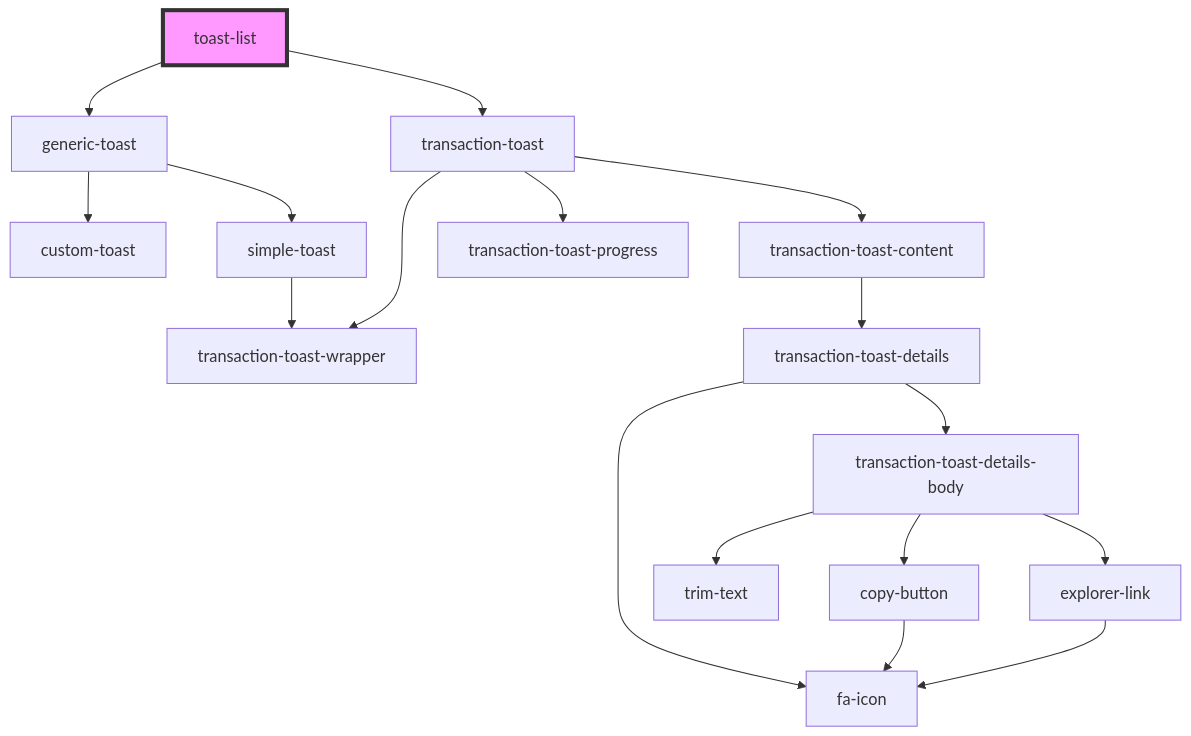
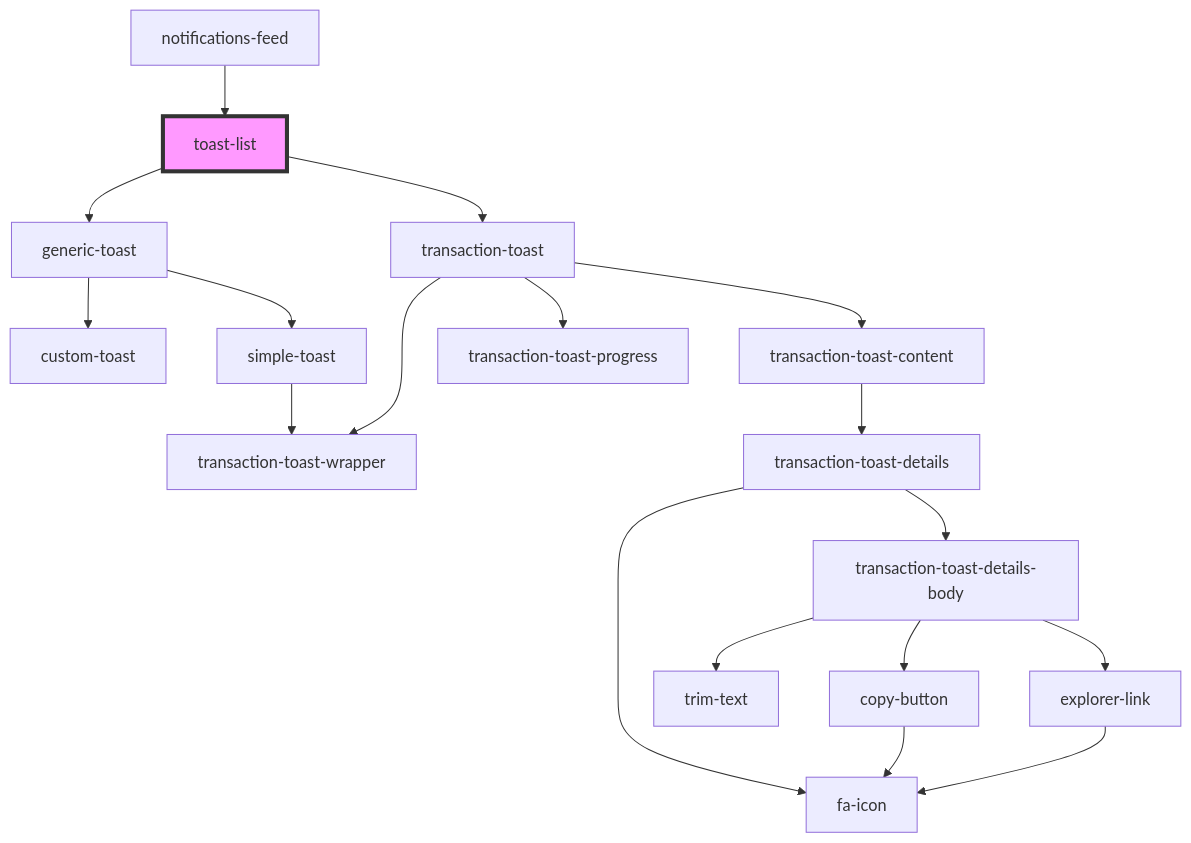
One commit to multiversx/mx-sdk-dapp-ui changed the diagram in src/components/functional/toasts-list/readme.md. Above: the diagram before and after it, drawn with Mermaid. The commit also changed other lines of this file and 16 other files, not shown here.

Commit message:
Added notifications-feed component

````diff
--- a/src/components/functional/toasts-list/readme.md
+++ b/src/components/functional/toasts-list/readme.md
@@ -35,20 +39,21 @@
 ```mermaid
 graph TD;
   toast-list --> generic-toast
   toast-list --> transaction-toast
   generic-toast --> custom-toast
   generic-toast --> simple-toast
   simple-toast --> transaction-toast-wrapper
   transaction-toast --> transaction-toast-wrapper
   transaction-toast --> transaction-toast-progress
   transaction-toast --> transaction-toast-content
   transaction-toast-content --> transaction-toast-details
   transaction-toast-details --> fa-icon
   transaction-toast-details --> transaction-toast-details-body
   transaction-toast-details-body --> trim-text
   transaction-toast-details-body --> copy-button
   transaction-toast-details-body --> explorer-link
   copy-button --> fa-icon
   explorer-link --> fa-icon
+  notifications-feed --> toast-list
   style toast-list fill:#f9f,stroke:#333,stroke-width:4px
 ```
````
